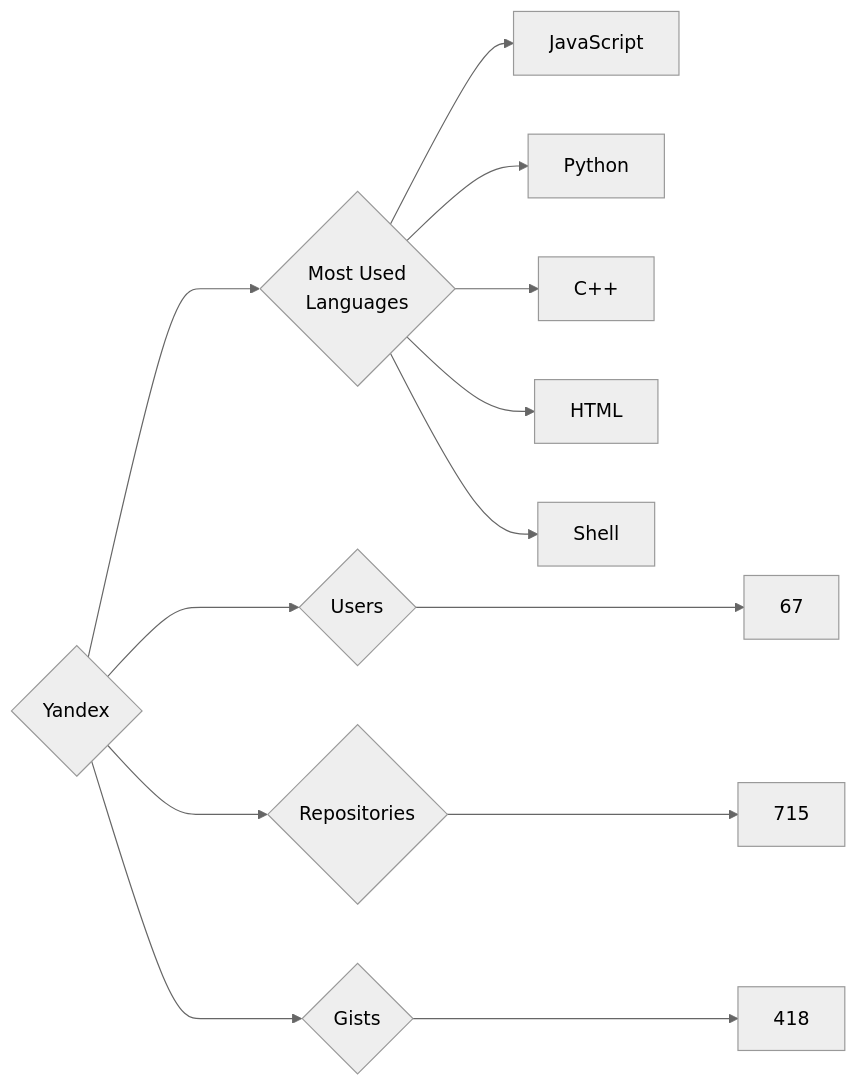
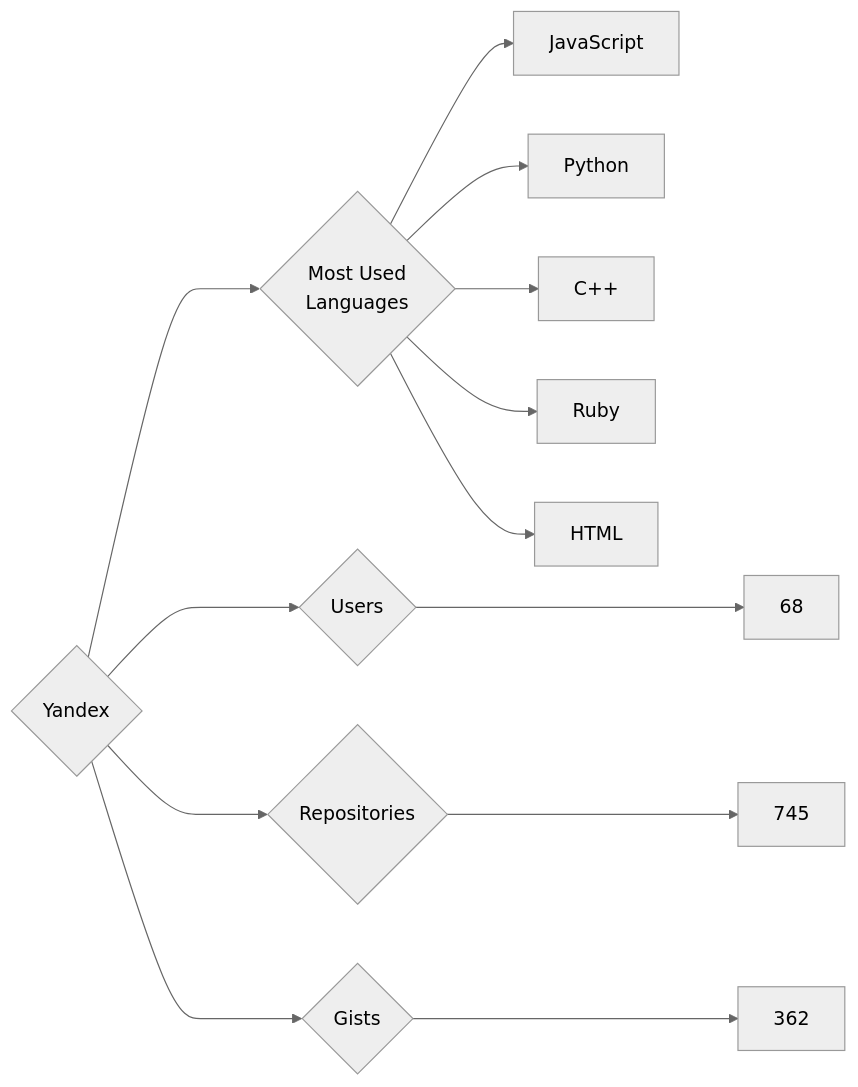
One commit to trickest/insiders changed the diagram in targets/Yandex/README.md. Above: the diagram before and after it, drawn with Mermaid (neutral theme). The commit also changed 965 other files, not shown here.

````diff
--- a/targets/Yandex/README.md
+++ b/targets/Yandex/README.md
@@ -3,13 +3,13 @@
 ```mermaid
 graph LR
 COMPANY_NAME{Yandex}
-COMPANY_NAME ---> U{Users} ---> UN[67]
-COMPANY_NAME ---> R{Repositories} ---> RN[715]
-COMPANY_NAME ---> G{Gists} ---> GN[418]
+COMPANY_NAME ---> U{Users} ---> UN[68]
+COMPANY_NAME ---> R{Repositories} ---> RN[745]
+COMPANY_NAME ---> G{Gists} ---> GN[362]
 COMPANY_NAME ---> ML{Most Used<br>Languages}
 ML --> JavaScript[JavaScript]
 ML --> Python[Python]
 ML --> C++[C++]
+ML --> Ruby[Ruby]
 ML --> HTML[HTML]
-ML --> Shell[Shell]
 ```
````
